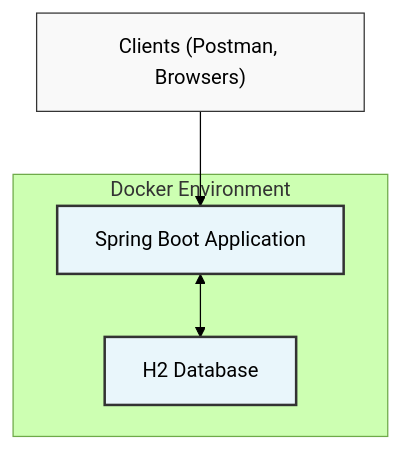
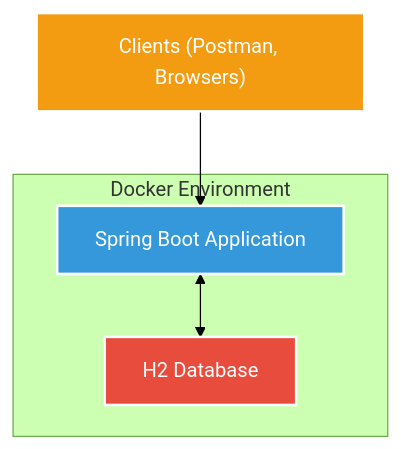
The diagram in README.md (MSFelisberto/fasefood), drawn with Mermaid (forest theme) before and after one commit.

````diff
--- a/README.md
+++ b/README.md
@@ -33,14 +33,18 @@
 ```mermaid
 graph TD
     subgraph "Docker Environment"
         SpringBoot["Spring Boot Application"] <--> H2["H2 Database"]
     end
     
     Clients["Clients (Postman, Browsers)"] --> SpringBoot
     
-    classDef container fill:#e9f6fb,stroke:#333,stroke-width:2px;
-    classDef client fill:#f9f9f9,stroke:#333,stroke-width:1px;
+    classDef container fill:#34495e,stroke:#ffffff,stroke-width:2px,color:#ffffff;
+    classDef springapp fill:#3498db,stroke:#ffffff,stroke-width:2px,color:#ffffff;
+    classDef database fill:#e74c3c,stroke:#ffffff,stroke-width:2px,color:#ffffff;
+    classDef client fill:#f39c12,stroke:#ffffff,stroke-width:2px,color:#ffffff;
     
-    class SpringBoot,H2 container;
+    class Docker container;
+    class SpringBoot springapp;
+    class H2 database;
     class Clients client;
 ```
````
